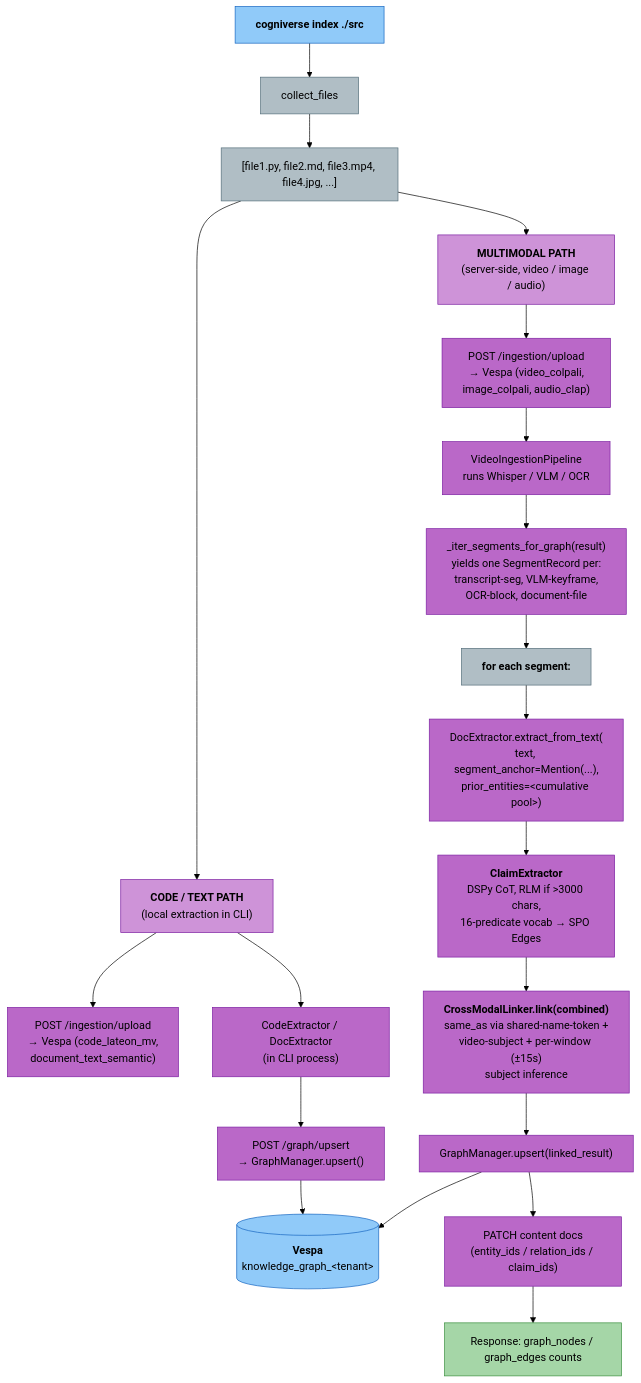
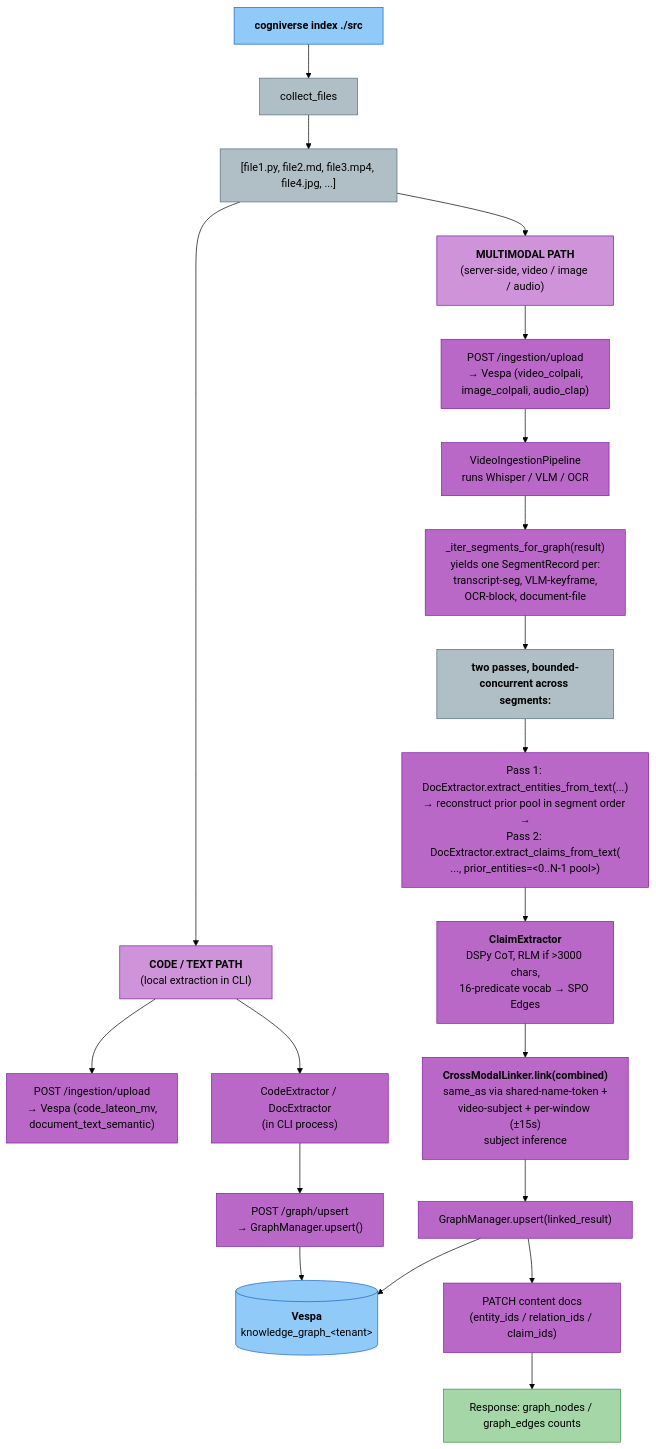
The diagram in docs/user/knowledge-graph.md (amit-jain/cogniverse), drawn with Mermaid (forest theme) before and after one commit. The commit also changed other lines of this file and 9 other files, not shown here.

First line of the commit message:
Extract per-segment KG entities and claims in two concurrent passes

````diff
--- a/docs/user/knowledge-graph.md
+++ b/docs/user/knowledge-graph.md
@@ -370,45 +370,45 @@
 ```mermaid
 flowchart TD
     CLI["<span style='color:#000'><b>cogniverse index ./src</b></span>"] --> Collect["<span style='color:#000'>collect_files</span>"]
     Collect --> Files["<span style='color:#000'>[file1.py, file2.md, file3.mp4, file4.jpg, ...]</span>"]
 
     Files --> CodePath["<span style='color:#000'><b>CODE / TEXT PATH</b><br/>(local extraction in CLI)</span>"]
     Files --> MultiPath["<span style='color:#000'><b>MULTIMODAL PATH</b><br/>(server-side, video / image / audio)</span>"]
 
     CodePath --> CodeContent["<span style='color:#000'>POST /ingestion/upload<br/>→ Vespa (code_lateon_mv,<br/>document_text_semantic)</span>"]
     CodePath --> LocalExtract["<span style='color:#000'>CodeExtractor / DocExtractor<br/>(in CLI process)</span>"]
     LocalExtract --> LocalUpsert["<span style='color:#000'>POST /graph/upsert<br/>→ GraphManager.upsert()</span>"]
     LocalUpsert --> Vespa[("<span style='color:#000'><b>Vespa</b><br/>knowledge_graph_&lt;tenant&gt;</span>")]
 
     MultiPath --> MultiContent["<span style='color:#000'>POST /ingestion/upload<br/>→ Vespa (video_colpali,<br/>image_colpali, audio_clap)</span>"]
     MultiContent --> Pipeline["<span style='color:#000'>VideoIngestionPipeline<br/>runs Whisper / VLM / OCR</span>"]
     Pipeline --> Iter["<span style='color:#000'>_iter_segments_for_graph(result)<br/>yields one SegmentRecord per:<br/>transcript-seg, VLM-keyframe,<br/>OCR-block, document-file</span>"]
-    Iter --> PerSegLoop["<span style='color:#000'><b>for each segment:</b></span>"]
-    PerSegLoop --> DocExtract["<span style='color:#000'>DocExtractor.extract_from_text(<br/>text, segment_anchor=Mention(...),<br/>prior_entities=&lt;cumulative pool&gt;)</span>"]
+    Iter --> PerSegLoop["<span style='color:#000'><b>two passes, bounded-concurrent across segments:</b></span>"]
+    PerSegLoop --> DocExtract["<span style='color:#000'>Pass 1: DocExtractor.extract_entities_from_text(...)<br/>→ reconstruct prior pool in segment order →<br/>Pass 2: DocExtractor.extract_claims_from_text(<br/>..., prior_entities=&lt;0..N-1 pool&gt;)</span>"]
     DocExtract --> Claim["<span style='color:#000'><b>ClaimExtractor</b><br/>DSPy CoT, RLM if &gt;3000 chars,<br/>16-predicate vocab → SPO Edges</span>"]
     Claim --> CrossModal["<span style='color:#000'><b>CrossModalLinker.link(combined)</b><br/>same_as via shared-name-token +<br/>video-subject + per-window (±15s)<br/>subject inference</span>"]
     CrossModal --> MultiUpsert["<span style='color:#000'>GraphManager.upsert(linked_result)</span>"]
     MultiUpsert --> Vespa
     MultiUpsert --> BackRefs["<span style='color:#000'>PATCH content docs<br/>(entity_ids / relation_ids / claim_ids)</span>"]
     BackRefs --> Response["<span style='color:#000'>Response: graph_nodes / graph_edges counts</span>"]
 
     style CLI fill:#90caf9,stroke:#1565c0,color:#000
     style Collect fill:#b0bec5,stroke:#546e7a,color:#000
     style Files fill:#b0bec5,stroke:#546e7a,color:#000
     style CodePath fill:#ce93d8,stroke:#7b1fa2,color:#000
     style MultiPath fill:#ce93d8,stroke:#7b1fa2,color:#000
     style CodeContent fill:#ba68c8,stroke:#7b1fa2,color:#000
     style LocalExtract fill:#ba68c8,stroke:#7b1fa2,color:#000
     style LocalUpsert fill:#ba68c8,stroke:#7b1fa2,color:#000
     style MultiContent fill:#ba68c8,stroke:#7b1fa2,color:#000
     style Pipeline fill:#ba68c8,stroke:#7b1fa2,color:#000
     style Iter fill:#ba68c8,stroke:#7b1fa2,color:#000
     style PerSegLoop fill:#b0bec5,stroke:#546e7a,color:#000
     style DocExtract fill:#ba68c8,stroke:#7b1fa2,color:#000
     style Claim fill:#ba68c8,stroke:#7b1fa2,color:#000
     style CrossModal fill:#ba68c8,stroke:#7b1fa2,color:#000
     style MultiUpsert fill:#ba68c8,stroke:#7b1fa2,color:#000
     style BackRefs fill:#ba68c8,stroke:#7b1fa2,color:#000
     style Response fill:#a5d6a7,stroke:#388e3c,color:#000
     style Vespa fill:#90caf9,stroke:#1565c0,color:#000
 ```
````
